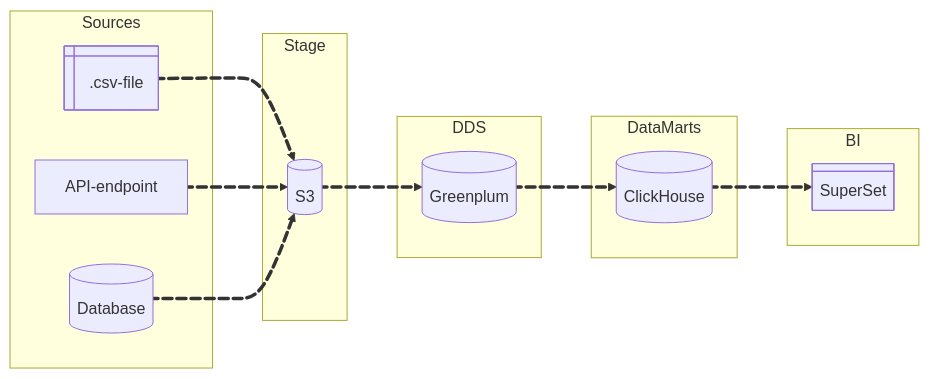
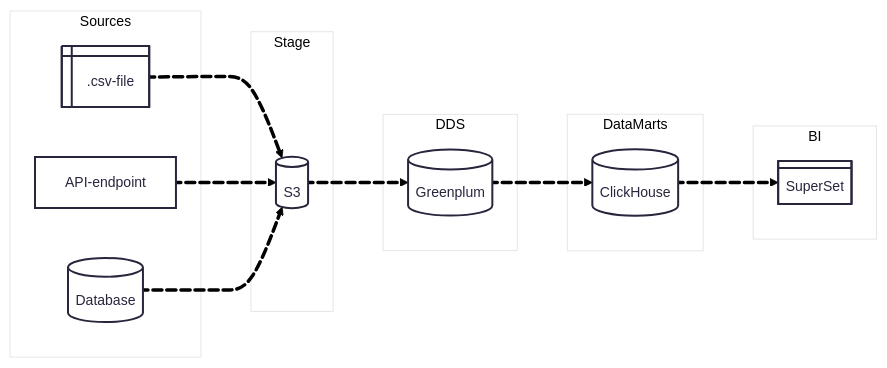
Before and after one commit to CabbageSplitter/ELT-Horizon: the diagram in docs/architecture.mmd, drawn with Mermaid.

Commit message:
docs: Исправлена диаграмма архитектуры

```diff
--- a/docs/architecture.mmd
+++ b/docs/architecture.mmd
@@ -1,60 +1,44 @@
+---
+config:
+  theme: redux-color
+  look: classic
+  layout: dagre
+---
 flowchart LR
 
     subgraph Sources
         csv@{ shape: win-pane, label: ".csv-file"}
         api[API-endpoint]
         db@{ shape: cyl, label: "Database" }
     end
 
     subgraph Stage
         s3@{ shape: cyl, label: "S3" }
     end
 
     subgraph DDS
         greenplum@{ shape: cyl, label: "Greenplum" }
     end
 
     subgraph DataMarts
         clickhouse@{ shape: cyl, label: "ClickHouse" }
     end
 
     subgraph BI
         superset@{ shape: div-rect, label: "SuperSet" }
     end
 
     
 
 csv e1@==> s3
 e1@{ animate: true }
 api e2@==> s3
 e2@{ animate: true }
 db e3@==> s3
 e3@{ animate: true }
 s3 e4@==> greenplum
 e4@{ animate: true }
 greenplum e5@==> clickhouse
 e5@{ animate: true }
 clickhouse e6@==> superset
 e6@{ animate: true }
-
-
-
-%% flowchart LR
-%%   subgraph Client
-%%     UI[Web app]
-%%     Cache[(Local cache)]
-%%   end
-%%   subgraph Services
-%%     API[API gateway]
-%%     Auth[Auth service]
-%%     Orders[Order service]
-%%   end
-%%   subgraph Storage
-%%     DB[(Orders DB)]
-%%   end
-%%   UI --> API
-%%   UI --> Cache
-%%   API --> Auth
-%%   API --> Orders
-%%   Orders --> DB
-%%   Auth -. token .-> UI
```
